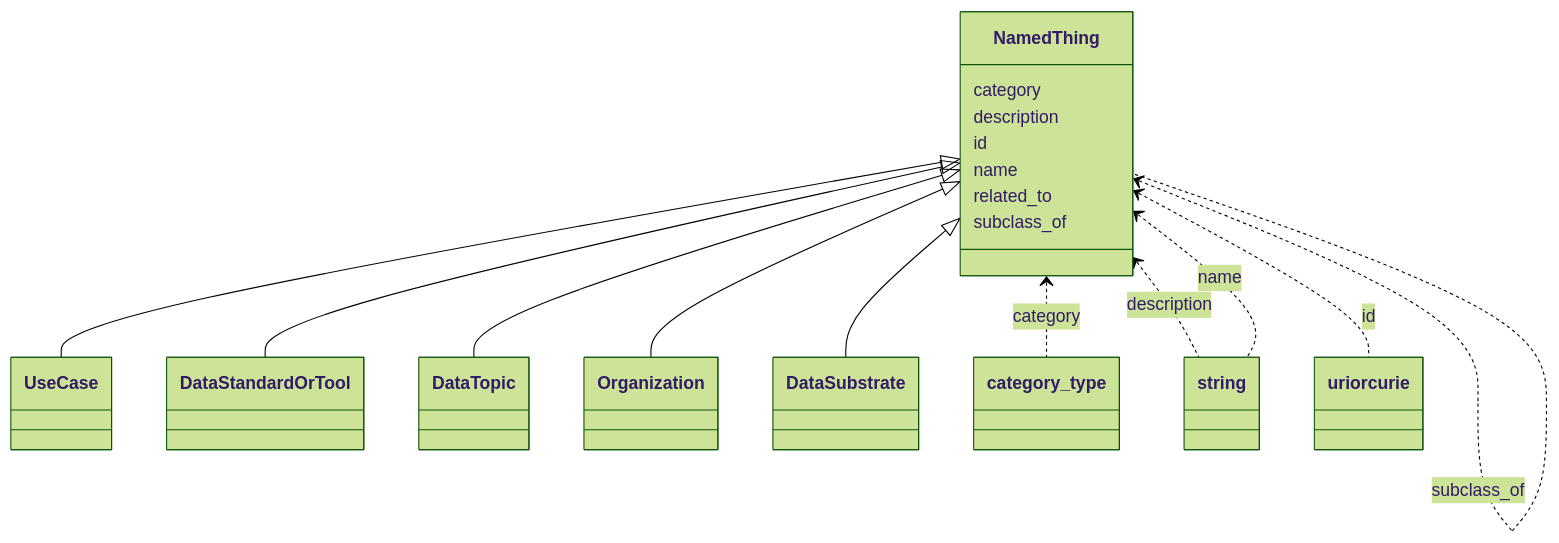
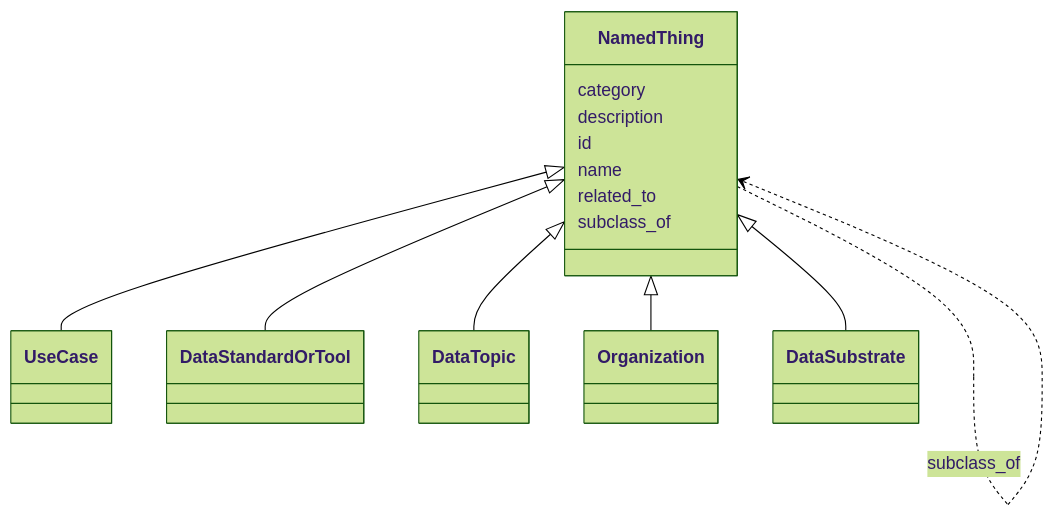
The diagram in docs/NamedThing.md (bridge2ai/standards-schemas), drawn with Mermaid (forest theme) before and after one commit. The commit also changed other lines of this file and 76 other files, not shown here.

````diff
--- a/docs/NamedThing.md
+++ b/docs/NamedThing.md
@@ -11,23 +11,27 @@
 ```mermaid
  classDiagram
     class NamedThing
       NamedThing <|-- UseCase
       NamedThing <|-- DataStandardOrTool
       NamedThing <|-- DataTopic
       NamedThing <|-- Organization
       NamedThing <|-- DataSubstrate
       
       NamedThing : category
-        NamedThing <.. category_type : category
+        
       NamedThing : description
-        NamedThing <.. string : description
+        
       NamedThing : id
-        NamedThing <.. uriorcurie : id
+        
       NamedThing : name
-        NamedThing <.. string : name
+        
       NamedThing : related_to
-        NamedThing <.. NamedThing : related_to
+        
+          NamedThing ..> NamedThing : related_to
+        
       NamedThing : subclass_of
-        NamedThing <.. NamedThing : subclass_of
+        
+          NamedThing ..> NamedThing : subclass_of
+        
       
 ```
````
